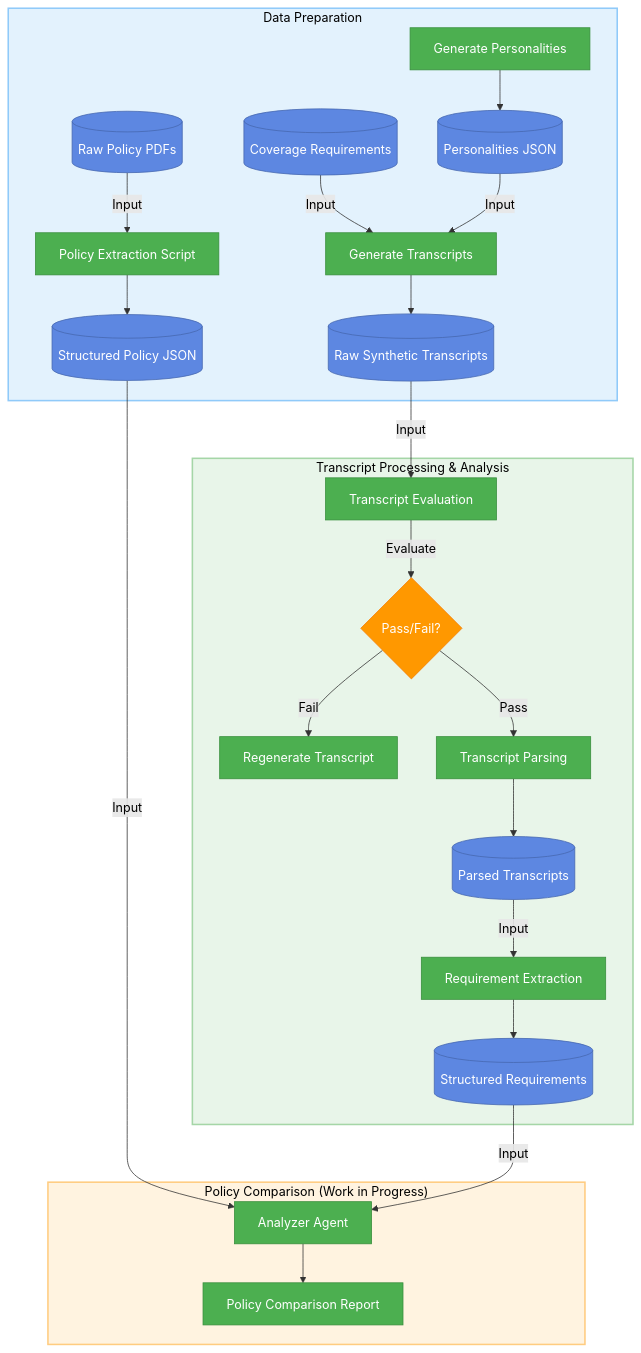
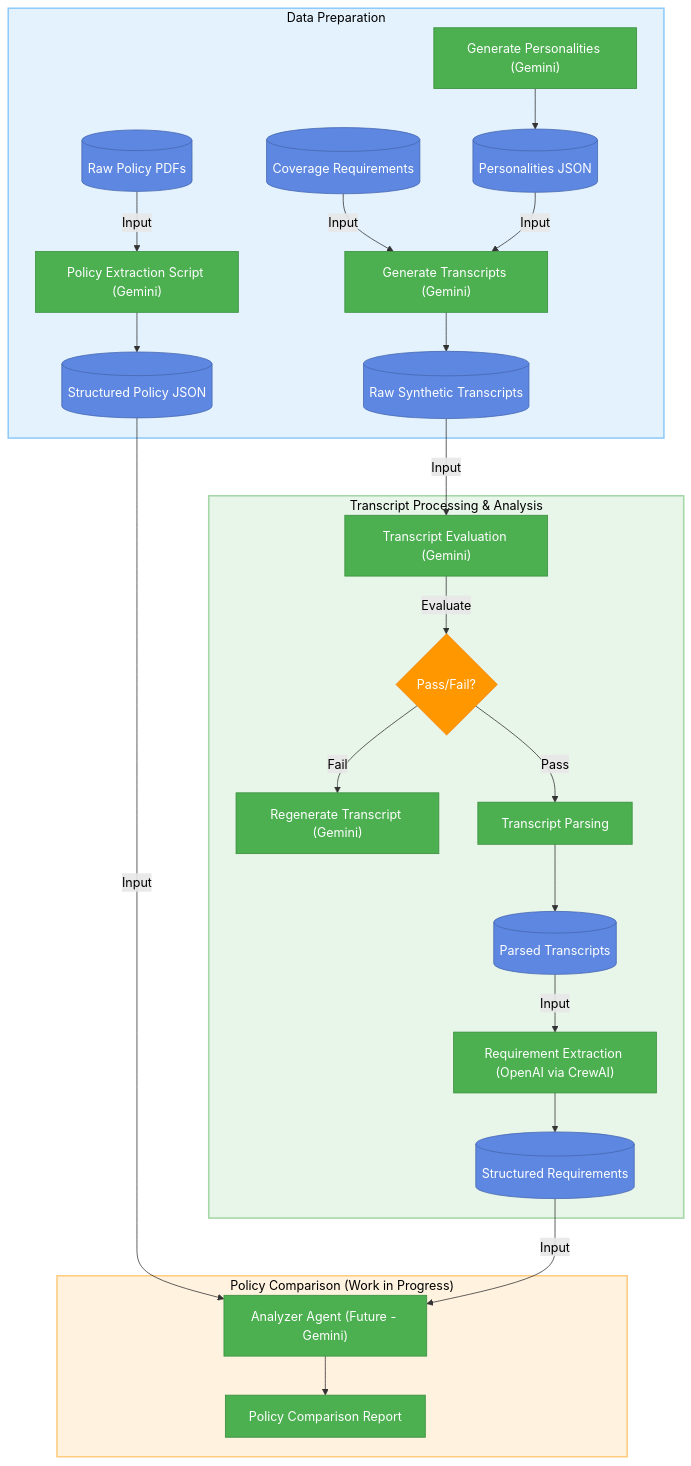
Before and after one commit to DesmondChoy/mtech-policy-recsys: the diagram in README.md, drawn with Mermaid.

````diff
--- a/README.md
+++ b/README.md
@@ -21,50 +21,50 @@
 ```mermaid
 flowchart TD
     %% Modern color scheme with improved text contrast
     classDef dataNode fill:#5D87E1,stroke:#4668B0,color:white,stroke-width:1px
     classDef processNode fill:#4CAF50,stroke:#388E3C,color:white,stroke-width:1px
     classDef decisionNode fill:#FF9800,stroke:#F57C00,color:white,stroke-width:1px
     
     %% Subgraph styling with black text
     classDef prepSubgraph fill:#E3F2FD,stroke:#90CAF9,color:black,stroke-width:2px
     classDef processSubgraph fill:#E8F5E9,stroke:#A5D6A7,color:black,stroke-width:2px
     classDef comparisonSubgraph fill:#FFF3E0,stroke:#FFCC80,color:black,stroke-width:2px
     
     %% Edge styling with black text
     linkStyle default color:black
 
     subgraph prep["Data Preparation"]
-        RawPolicies[("Raw Policy PDFs")] -->|Input| ExtractScript["Policy Extraction Script"]
+        RawPolicies[("Raw Policy PDFs")] -->|Input| ExtractScript["Policy Extraction Script (Gemini)"]
         ExtractScript --> ProcessedPolicies[("Structured Policy JSON")]
 
-        GenPersonalities["Generate Personalities"] --> PersonalitiesJSON[("Personalities JSON")]
-        CoverageReqs[("Coverage Requirements")] -->|Input| GenTranscripts["Generate Transcripts"]
+        GenPersonalities["Generate Personalities (Gemini)"] --> PersonalitiesJSON[("Personalities JSON")]
+        CoverageReqs[("Coverage Requirements")] -->|Input| GenTranscripts["Generate Transcripts (Gemini)"]
         PersonalitiesJSON -->|Input| GenTranscripts
         GenTranscripts --> RawTranscripts[("Raw Synthetic Transcripts")]
     end
 
     subgraph process["Transcript Processing & Analysis"]
-        RawTranscripts -->|Input| TranscriptEval["Transcript Evaluation"]
+        RawTranscripts -->|Input| TranscriptEval["Transcript Evaluation (Gemini)"]
         TranscriptEval -->|Evaluate| EvalDecision{Pass/Fail?}
-        EvalDecision -->|Fail| Regenerate["Regenerate Transcript"]
+        EvalDecision -->|Fail| Regenerate["Regenerate Transcript (Gemini)"]
         EvalDecision -->|Pass| TranscriptParsing["Transcript Parsing"]
         TranscriptParsing --> ParsedTranscripts[("Parsed Transcripts")]
-        ParsedTranscripts -->|Input| RequirementExtraction["Requirement Extraction"]
+        ParsedTranscripts -->|Input| RequirementExtraction["Requirement Extraction (OpenAI via CrewAI)"]
         RequirementExtraction --> StructuredReqs[("Structured Requirements")]
     end
 
     subgraph comparison["Policy Comparison (Work in Progress)"]
-        ProcessedPolicies -->|Input| AnalyzerAgent["Analyzer Agent"]
+        ProcessedPolicies -->|Input| AnalyzerAgent["Analyzer Agent (Future - Gemini)"]
         StructuredReqs -->|Input| AnalyzerAgent
         AnalyzerAgent --> ComparisonReport["Policy Comparison Report"]
     end
 
     %% Apply styles
     class RawPolicies,ProcessedPolicies,PersonalitiesJSON,CoverageReqs,RawTranscripts,ParsedTranscripts,StructuredReqs dataNode
     class ExtractScript,GenPersonalities,GenTranscripts,TranscriptEval,TranscriptParsing,RequirementExtraction,AnalyzerAgent,ComparisonReport,Regenerate processNode
     class EvalDecision decisionNode
     
     class prep prepSubgraph
     class process processSubgraph
     class comparison comparisonSubgraph
 ```
````
